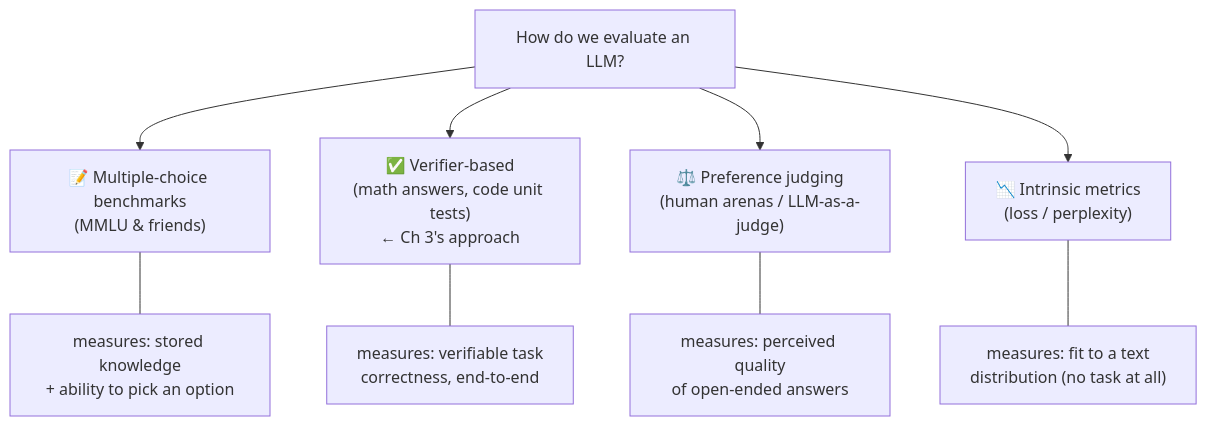
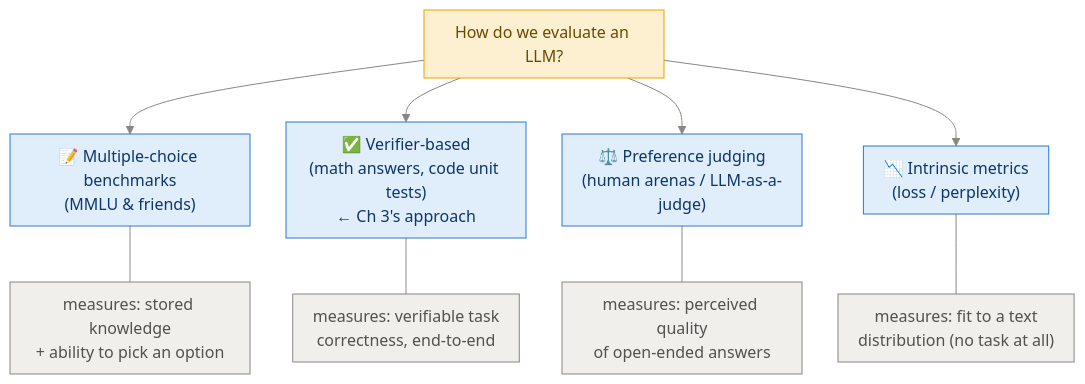
One commit to sudhanshu-shivam-dev/reasoning_model_from_scratch changed the first of 4 diagrams in study_guide/appendix_evaluation_methods.md. Above: the diagram before and after it, drawn with Mermaid. The commit also changed other lines of this file and 14 other files, not shown here.

First line of the commit message:
Restyle all 54 diagrams: consistent palette, semantic colors, better spacing

````diff
--- a/study_guide/appendix_evaluation_methods.md
+++ b/study_guide/appendix_evaluation_methods.md
@@ -13,12 +13,17 @@
 ```mermaid
+%%{init: {"theme":"base","themeVariables":{"primaryColor":"#e0edfb","primaryTextColor":"#0d366b","primaryBorderColor":"#2a78d6","lineColor":"#898781","textColor":"#52514e","edgeLabelBackground":"#f0efec","clusterBkg":"rgba(137,135,129,0.07)","clusterBorder":"#a9a7a0","titleColor":"#898781"},"flowchart":{"nodeSpacing":36,"rankSpacing":44,"curve":"basis","padding":10}}}%%
 flowchart TB
     ROOT["How do we evaluate an LLM?"] --> B1["📝 Multiple-choice benchmarks<br/>(MMLU & friends)"]
     ROOT --> B2["✅ Verifier-based<br/>(math answers, code unit tests)<br/>← Ch 3's approach"]
     ROOT --> B3["⚖️ Preference judging<br/>(human arenas / LLM-as-a-judge)"]
     ROOT --> B4["📉 Intrinsic metrics<br/>(loss / perplexity)"]
 
     B1 --- N1["measures: stored knowledge<br/>+ ability to pick an option"]
     B2 --- N2["measures: verifiable task<br/>correctness, end-to-end"]
     B3 --- N3["measures: perceived quality<br/>of open-ended answers"]
     B4 --- N4["measures: fit to a text<br/>distribution (no task at all)"]
+    classDef dec fill:#fdf0d1,stroke:#eda100,color:#6b4a00
+    classDef dim fill:#f0efec,stroke:#898781,color:#52514e
+    class ROOT dec
+    class N1,N2,N3,N4 dim
 ```
````
